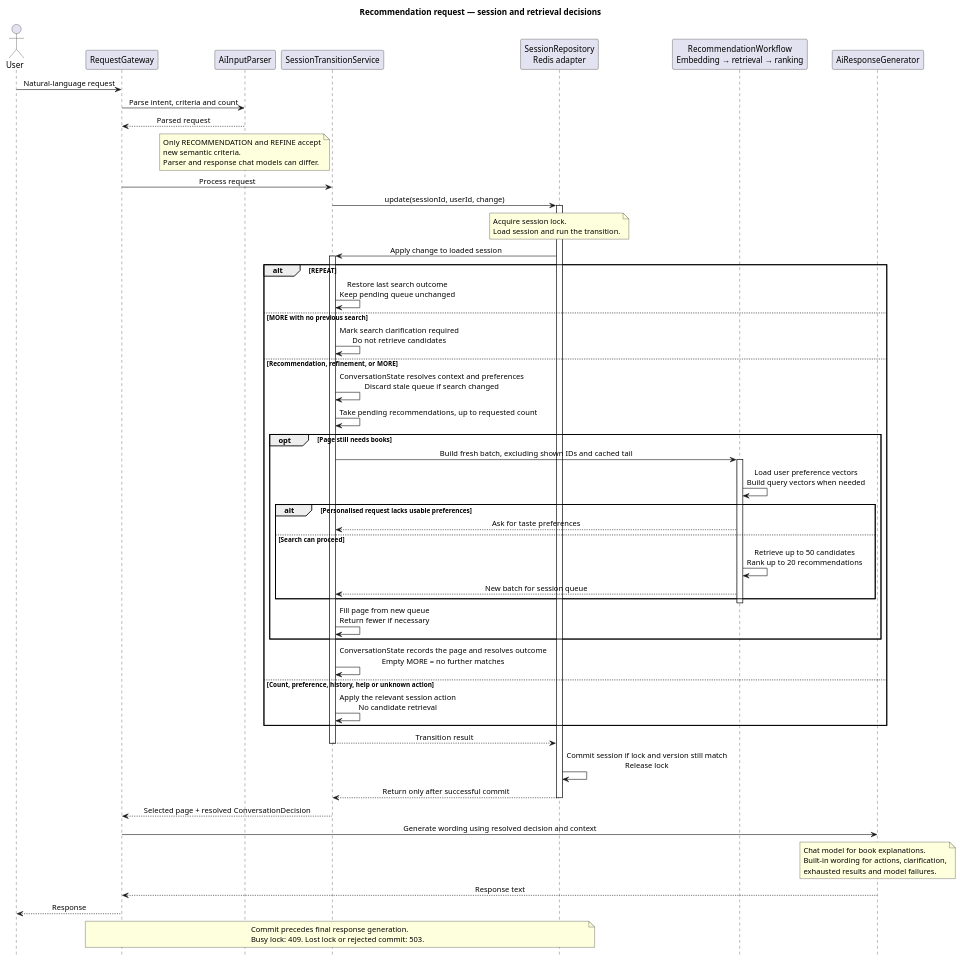
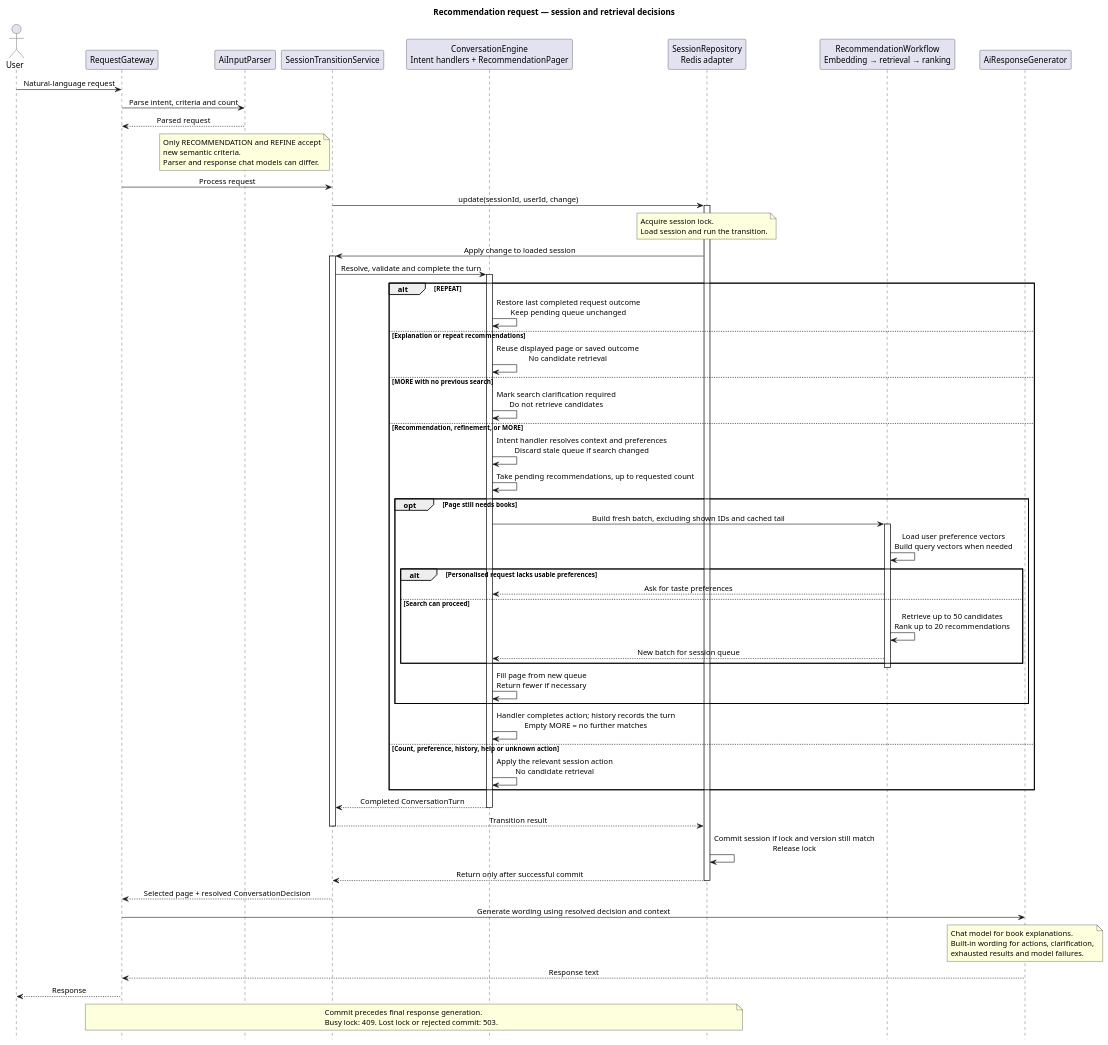
Before and after one commit to Juliu9/IT-Project: the diagram in docs/diagrams/recommendation-flow.puml, drawn with PlantUML. The commit also changed 59 other files, not shown here.

Commit message:
Separate conversation models and dispatch intent policies

```diff
--- a/docs/diagrams/recommendation-flow.puml
+++ b/docs/diagrams/recommendation-flow.puml
@@ -1,78 +1,85 @@
 @startuml
 title Recommendation request — session and retrieval decisions
 skinparam backgroundColor #FFFFFF
 skinparam shadowing false
 skinparam defaultFontName SansSerif
 skinparam sequenceMessageAlign center
 hide footbox
 
 actor User
 participant RequestGateway as Gateway
 participant AiInputParser as Parser
 participant SessionTransitionService as Transition
+participant "ConversationEngine\nIntent handlers + RecommendationPager" as Engine
 participant "SessionRepository\nRedis adapter" as Sessions
 participant "RecommendationWorkflow\nEmbedding → retrieval → ranking" as Workflow
 participant AiResponseGenerator as Response
 
 User -> Gateway : Natural-language request
 Gateway -> Parser : Parse intent, criteria and count
 Parser --> Gateway : Parsed request
 note over Parser
   Only RECOMMENDATION and REFINE accept
   new semantic criteria.
   Parser and response chat models can differ.
 end note
 Gateway -> Transition : Process request
 Transition -> Sessions : update(sessionId, userId, change)
 activate Sessions
 note over Sessions
   Acquire session lock.
   Load session and run the transition.
 end note
 Sessions -> Transition : Apply change to loaded session
 activate Transition
+Transition -> Engine : Resolve, validate and complete the turn
+activate Engine
 
 alt REPEAT
-  Transition -> Transition : Restore last search outcome\nKeep pending queue unchanged
+  Engine -> Engine : Restore last completed request outcome\nKeep pending queue unchanged
+else Explanation or repeat recommendations
+  Engine -> Engine : Reuse displayed page or saved outcome\nNo candidate retrieval
 else MORE with no previous search
-  Transition -> Transition : Mark search clarification required\nDo not retrieve candidates
+  Engine -> Engine : Mark search clarification required\nDo not retrieve candidates
 else Recommendation, refinement, or MORE
-  Transition -> Transition : ConversationState resolves context and preferences\nDiscard stale queue if search changed
-  Transition -> Transition : Take pending recommendations, up to requested count
+  Engine -> Engine : Intent handler resolves context and preferences\nDiscard stale queue if search changed
+  Engine -> Engine : Take pending recommendations, up to requested count
   opt Page still needs books
-    Transition -> Workflow : Build fresh batch, excluding shown IDs and cached tail
+    Engine -> Workflow : Build fresh batch, excluding shown IDs and cached tail
     activate Workflow
     Workflow -> Workflow : Load user preference vectors\nBuild query vectors when needed
     alt Personalised request lacks usable preferences
-      Workflow --> Transition : Ask for taste preferences
+      Workflow --> Engine : Ask for taste preferences
     else Search can proceed
       Workflow -> Workflow : Retrieve up to 50 candidates\nRank up to 20 recommendations
-      Workflow --> Transition : New batch for session queue
+      Workflow --> Engine : New batch for session queue
     end
     deactivate Workflow
-    Transition -> Transition : Fill page from new queue\nReturn fewer if necessary
+    Engine -> Engine : Fill page from new queue\nReturn fewer if necessary
   end
-  Transition -> Transition : ConversationState records the page and resolves outcome\nEmpty MORE = no further matches
+  Engine -> Engine : Handler completes action; history records the turn\nEmpty MORE = no further matches
 else Count, preference, history, help or unknown action
-  Transition -> Transition : Apply the relevant session action\nNo candidate retrieval
+  Engine -> Engine : Apply the relevant session action\nNo candidate retrieval
 end
 
+Engine --> Transition : Completed ConversationTurn
+deactivate Engine
 Transition --> Sessions : Transition result
 deactivate Transition
 Sessions -> Sessions : Commit session if lock and version still match\nRelease lock
 Sessions --> Transition : Return only after successful commit
 deactivate Sessions
 Transition --> Gateway : Selected page + resolved ConversationDecision
 Gateway -> Response : Generate wording using resolved decision and context
 note over Response
   Chat model for book explanations.
   Built-in wording for actions, clarification,
   exhausted results and model failures.
 end note
 Response --> Gateway : Response text
 Gateway --> User : Response
 note over Gateway, Sessions
   Commit precedes final response generation.
   Busy lock: 409. Lost lock or rejected commit: 503.
 end note
 @enduml
```
